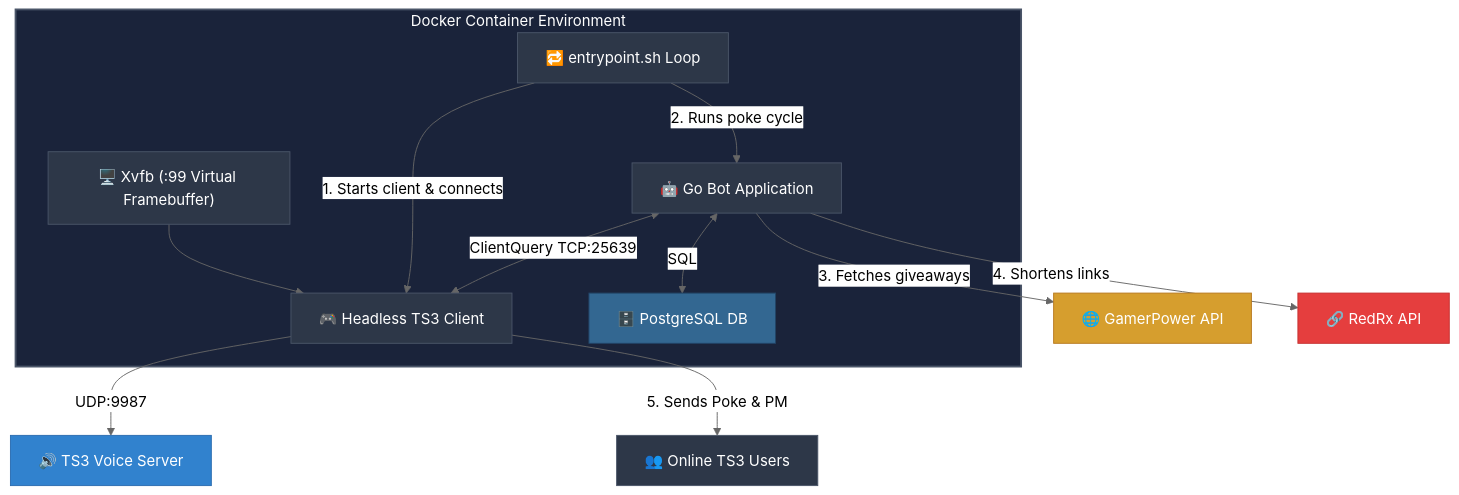
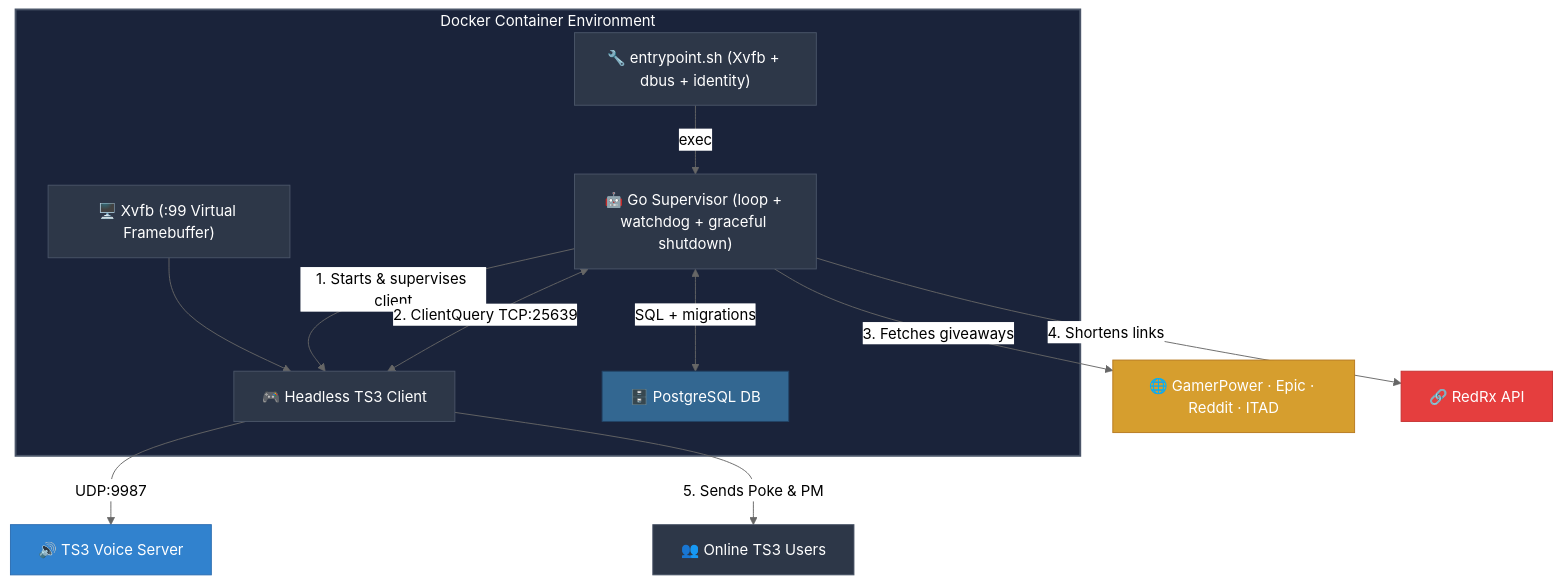
One commit to arumes31/ts3news changed the diagram in README.md. Above: the diagram before and after it, drawn with Mermaid (neutral theme). The commit also changed other lines of this file and 2 other files, not shown here.

````diff
--- a/README.md
+++ b/README.md
@@ -39,32 +43,32 @@
 ```mermaid
 graph TD
     subgraph DockerContainer ["Docker Container Environment"]
         style DockerContainer fill:#1a233a,stroke:#4a5568,stroke-width:2px,color:#fff
         
         Xvfb["🖥️ Xvfb (:99 Virtual Framebuffer)"]
         TS3Client["🎮 Headless TS3 Client"]
-        GoBot["🤖 Go Bot Application"]
-        Entrypoint["🔁 entrypoint.sh Loop"]
+        GoBot["🤖 Go Supervisor (loop + watchdog + graceful shutdown)"]
+        Entrypoint["🔧 entrypoint.sh (Xvfb + dbus + identity)"]
         
         Xvfb --> TS3Client
-        Entrypoint -->|1. Starts client & connects| TS3Client
-        Entrypoint -->|2. Runs poke cycle| GoBot
-        GoBot <-->|ClientQuery TCP:25639| TS3Client
-        GoBot <-->|SQL| PostgresDB["🗄️ PostgreSQL DB"]
+        Entrypoint -->|exec| GoBot
+        GoBot -->|1. Starts & supervises client| TS3Client
+        GoBot <-->|2. ClientQuery TCP:25639| TS3Client
+        GoBot <-->|SQL + migrations| PostgresDB["🗄️ PostgreSQL DB"]
     end
     
-    GoBot -->|3. Fetches giveaways| GamerPower["🌐 GamerPower API"]
+    GoBot -->|3. Fetches giveaways| GamerPower["🌐 GamerPower · Epic · Reddit · ITAD"]
     GoBot -->|4. Shortens links| Redrx["🔗 RedRx API"]
     TS3Client -->|UDP:9987| TS3Server["🔊 TS3 Voice Server"]
     TS3Client -->|5. Sends Poke & PM| TS3Users["👥 Online TS3 Users"]
     
     classDef default fill:#2d3748,stroke:#4a5568,stroke-width:1px,color:#fff;
     classDef GamerPower fill:#d69e2e,stroke:#b7791f,stroke-width:1px,color:#fff;
     classDef Redrx fill:#e53e3e,stroke:#c53030,stroke-width:1px,color:#fff;
     classDef TS3Server fill:#3182ce,stroke:#2b6cb0,stroke-width:1px,color:#fff;
     classDef DB fill:#336791,stroke:#224466,stroke-width:1px,color:#fff;
     class GamerPower GamerPower;
     class Redrx Redrx;
     class TS3Server TS3Server;
     class PostgresDB DB;
 ```
````
